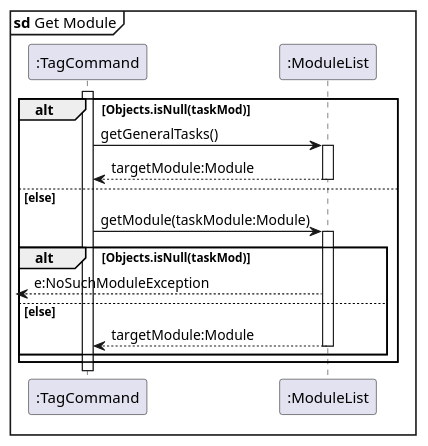
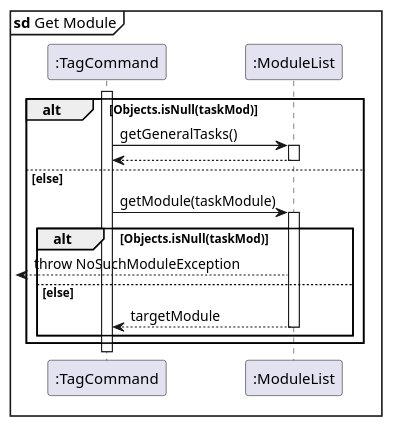
The diagram in docs/TagSeqDiagram/GetModule.puml (nus-cs2113-AY2122S2/tp), drawn with PlantUML before and after one commit. The commit also changed 7 other files, not shown here.

Commit message:
Fix GPACommand bug, update UML diagrams

```diff
--- a/docs/TagSeqDiagram/GetModule.puml
+++ b/docs/TagSeqDiagram/GetModule.puml
@@ -1,29 +1,29 @@
 @startuml
 'https://plantuml.com/sequence-diagram
 
 skinparam shadowing false
 participant ":TagCommand" as TagCommand
 participant ":ModuleList" as ModuleList
 
 mainframe **sd** Get Module
 
 activate TagCommand
 
 alt Objects.isNull(taskMod)
     TagCommand -> ModuleList: getGeneralTasks()
     activate ModuleList
-    return targetModule:Module
+    return
 
 else else
-    TagCommand -> ModuleList: getModule(taskModule:Module)
+    TagCommand -> ModuleList: getModule(taskModule)
     activate ModuleList
 
     alt Objects.isNull(taskMod)
-        [<-- ModuleList:  e:NoSuchModuleException
+        [<-- ModuleList:   throw NoSuchModuleException
 
     else else
-    return targetModule:Module
+    return targetModule
 
     end
 end
 @enduml
```
